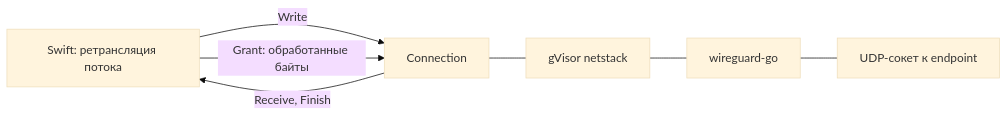
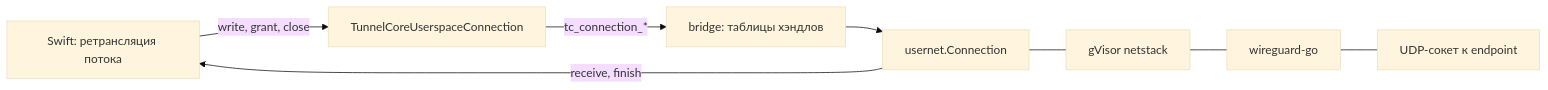
Before and after one commit to facelessdiplomat/splitway: the diagram in docs/features/UserspaceNetwork.md, drawn with Mermaid (base theme). The commit also changed other lines of this file and 53 other files, not shown here.

First line of the commit message:
feat(UserspaceNetwork): bridge usernet to Swift through the C API

````diff
--- a/docs/features/UserspaceNetwork.md
+++ b/docs/features/UserspaceNetwork.md
@@ -24,8 +24,9 @@
 ```mermaid
 flowchart LR
-  Swift[Swift: ретрансляция потока] -->|Write| Connection
-  Connection -->|Receive, Finish| Swift
-  Swift -->|Grant: обработанные байты| Connection
+  Relay[Swift: ретрансляция потока] -->|write, grant, close| Adapter[TunnelCoreUserspaceConnection]
+  Adapter -->|tc_connection_*| Bridge[bridge: таблицы хэндлов]
+  Bridge --> Connection[usernet.Connection]
+  Connection -->|receive, finish| Relay
   Connection --- Stack[gVisor netstack]
   Stack --- Device[wireguard-go] --- UDP[UDP-сокет к endpoint]
 ```
````
